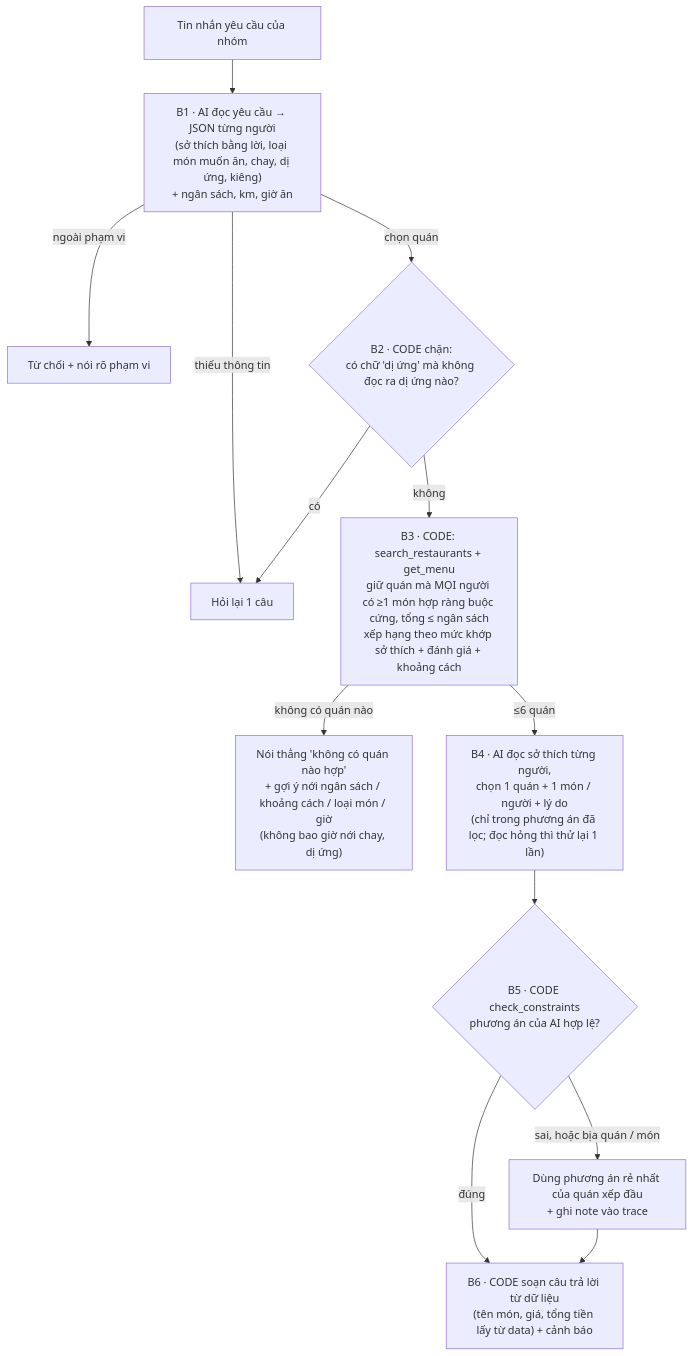
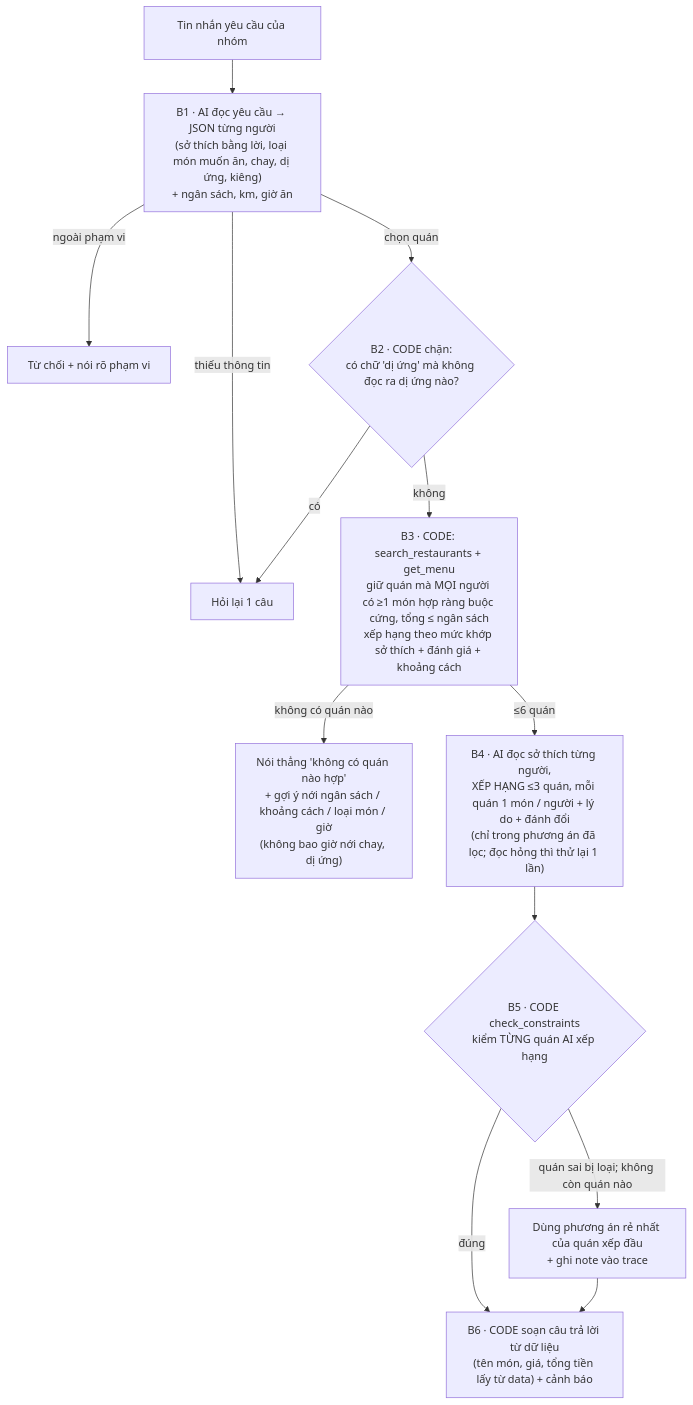
The diagram in spec.md (justapea25/K5-Day15-L3B-MALTO), drawn with Mermaid before and after one commit. The commit also changed other lines of this file and 7 other files, not shown here.

Commit message:
Agent xếp hạng tối đa 3 quán kèm điểm đánh đổi; giao diện hiện lựa chọn khác

````diff
--- a/spec.md
+++ b/spec.md
@@ -46,15 +46,15 @@
 ```mermaid
 flowchart TD
     U[Tin nhắn yêu cầu của nhóm] --> B1["B1 · AI đọc yêu cầu → JSON từng người<br/>(sở thích bằng lời, loại món muốn ăn, chay, dị ứng, kiêng)<br/>+ ngân sách, km, giờ ăn"]
     B1 -->|ngoài phạm vi| R1[Từ chối + nói rõ phạm vi]
     B1 -->|thiếu thông tin| R2[Hỏi lại 1 câu]
     B1 -->|chọn quán| B2{"B2 · CODE chặn:<br/>có chữ 'dị ứng' mà không đọc ra dị ứng nào?"}
     B2 -->|có| R2
     B2 -->|không| B3["B3 · CODE: search_restaurants + get_menu<br/>giữ quán mà MỌI người có ≥1 món hợp ràng buộc cứng, tổng ≤ ngân sách<br/>xếp hạng theo mức khớp sở thích + đánh giá + khoảng cách"]
     B3 -->|không có quán nào| R3["Nói thẳng 'không có quán nào hợp'<br/>+ gợi ý nới ngân sách / khoảng cách / loại món / giờ<br/>(không bao giờ nới chay, dị ứng)"]
-    B3 -->|≤6 quán| B4["B4 · AI đọc sở thích từng người,<br/>chọn 1 quán + 1 món / người + lý do<br/>(chỉ trong phương án đã lọc; đọc hỏng thì thử lại 1 lần)"]
-    B4 --> B5{"B5 · CODE check_constraints<br/>phương án của AI hợp lệ?"}
-    B5 -->|sai, hoặc bịa quán / món| F[Dùng phương án rẻ nhất của quán xếp đầu<br/>+ ghi note vào trace]
+    B3 -->|≤6 quán| B4["B4 · AI đọc sở thích từng người,<br/>XẾP HẠNG ≤3 quán, mỗi quán 1 món / người + lý do + đánh đổi<br/>(chỉ trong phương án đã lọc; đọc hỏng thì thử lại 1 lần)"]
+    B4 --> B5{"B5 · CODE check_constraints<br/>kiểm TỪNG quán AI xếp hạng"}
+    B5 -->|quán sai bị loại; không còn quán nào| F[Dùng phương án rẻ nhất của quán xếp đầu<br/>+ ghi note vào trace]
     B5 -->|đúng| B6
     F --> B6["B6 · CODE soạn câu trả lời từ dữ liệu<br/>(tên món, giá, tổng tiền lấy từ data) + cảnh báo"]
 ```
````
